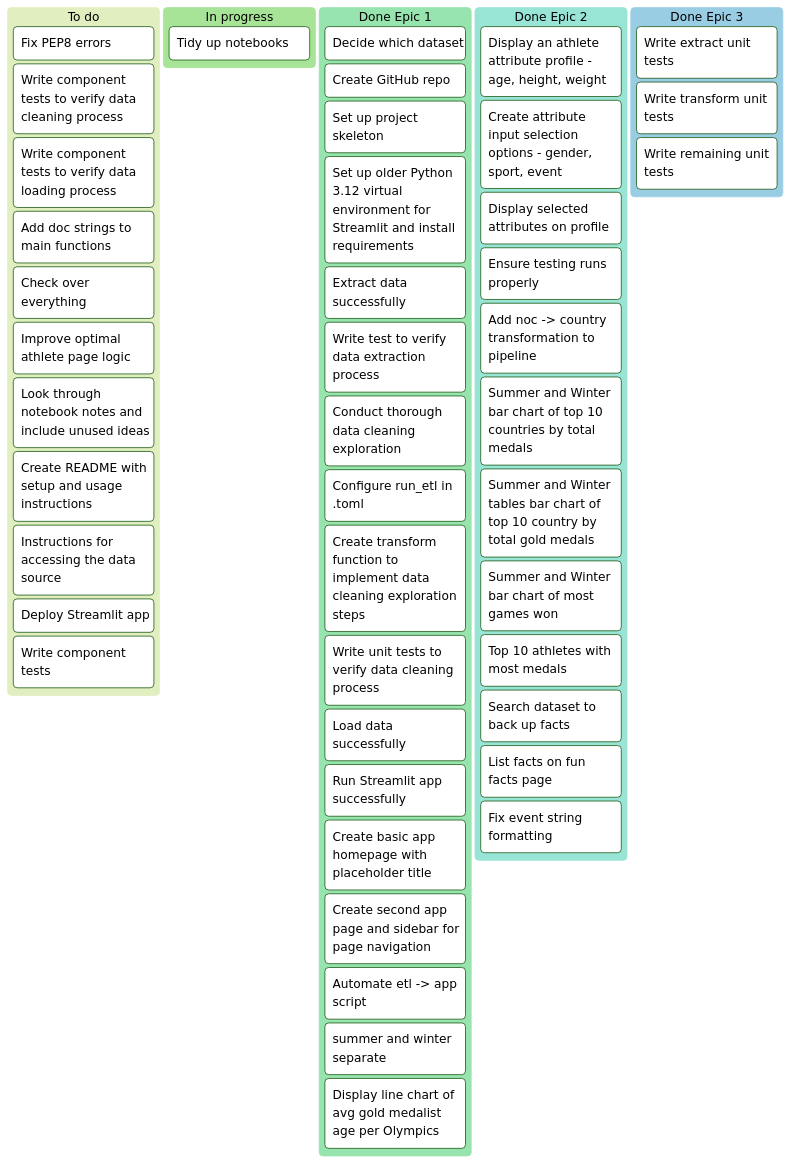
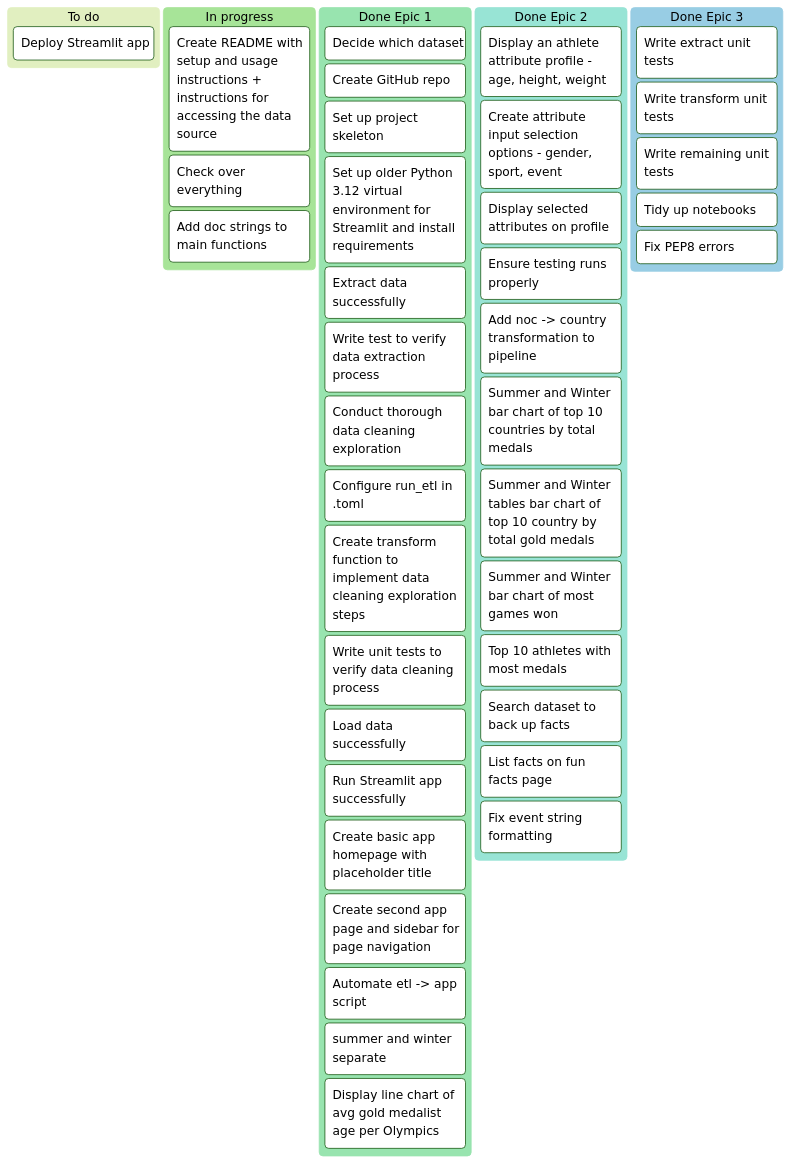
The first of 2 diagrams in docs/kanban.md (RonanD10/capstone-project), drawn with Mermaid (forest theme) before and after one commit. The commit also changed 5 other files, not shown here.

````diff
--- a/docs/kanban.md
+++ b/docs/kanban.md
@@ -3,59 +3,51 @@
 ```mermaid
 kanban
-    To do
-        Fix PEP8 errors
-        Write component tests to verify data cleaning process  
-        Write component tests to verify data loading process 
-        Add doc strings to main functions
-       
-        Check over everything       
-        Improve optimal athlete page logic 
-        Look through notebook notes and include unused ideas
-        Create README with setup and usage instructions
-        Instructions for accessing the data source
+    To do       
         Deploy Streamlit app 
-        Write component tests
 
     In progress
-        Tidy up notebooks
-
-
+        Create README with setup and usage instructions + instructions for accessing the data source
+        Check over everything 
+        Add doc strings to main functions    
+        
     Done Epic 1
         Decide which dataset
         Create GitHub repo 
         Set up project skeleton
         Set up older Python 3.12 virtual environment for Streamlit and install requirements
         Extract data successfully
         Write test to verify data extraction process
         Conduct thorough data cleaning exploration
         Configure run_etl in .toml
         Create transform function to implement data cleaning exploration steps
         Write unit tests to verify data cleaning process 
         Load data successfully
         Run Streamlit app successfully
         Create basic app homepage with placeholder title
         Create second app page and sidebar for page navigation
         Automate etl -> app script
         Display ordered bar chart of avg age per event (summer and winter separate)
         Display line chart of avg gold medalist age per Olympics
 
     Done Epic 2 
         Display an athlete attribute profile - age, height, weight
         Create attribute input selection options - gender, sport, event
         Display selected attributes on profile 
         Ensure testing runs properly
         Add noc -> country transformation to pipeline 
         Summer and Winter bar chart of top 10 countries by total medals
         Summer and Winter tables bar chart of top 10 country by total gold medals
         Summer and Winter bar chart of most games won
         Top 10 athletes with most medals
         Search dataset to back up facts
         List facts on fun facts page
         Fix event string formatting
     
     Done Epic 3
         Write extract unit tests
         Write transform unit tests
-        Write remaining unit tests 
+        Write remaining unit tests
+        Tidy up notebooks 
+        Fix PEP8 errors
 
 ```
````
